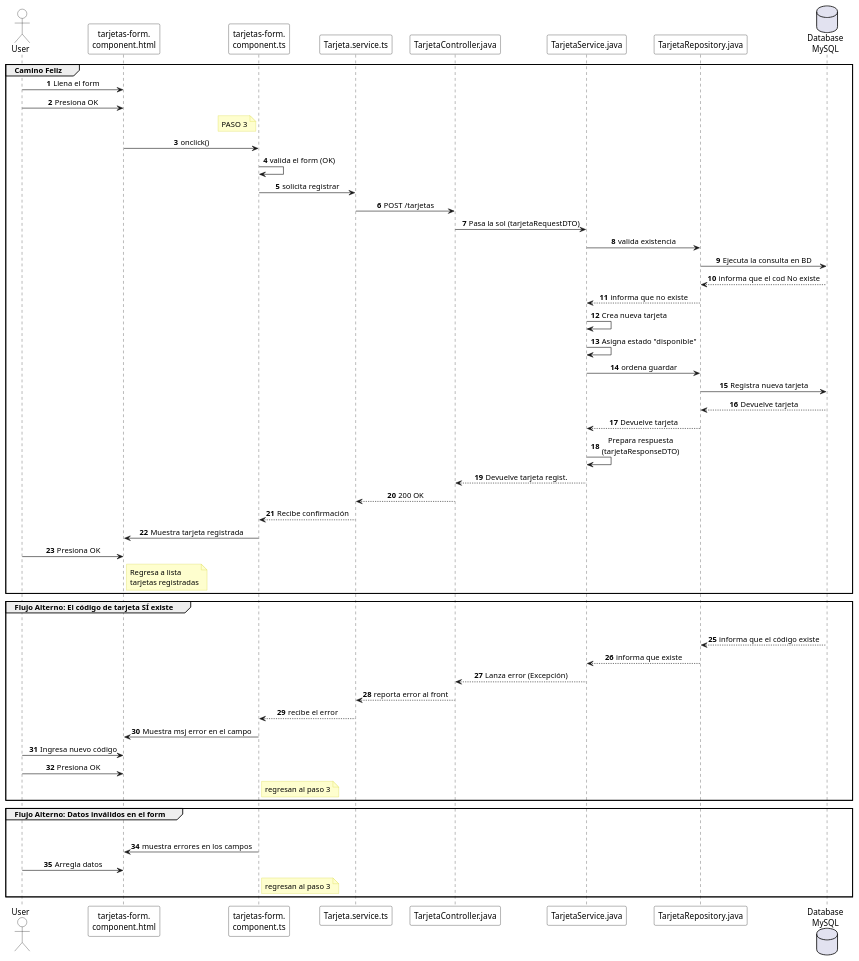
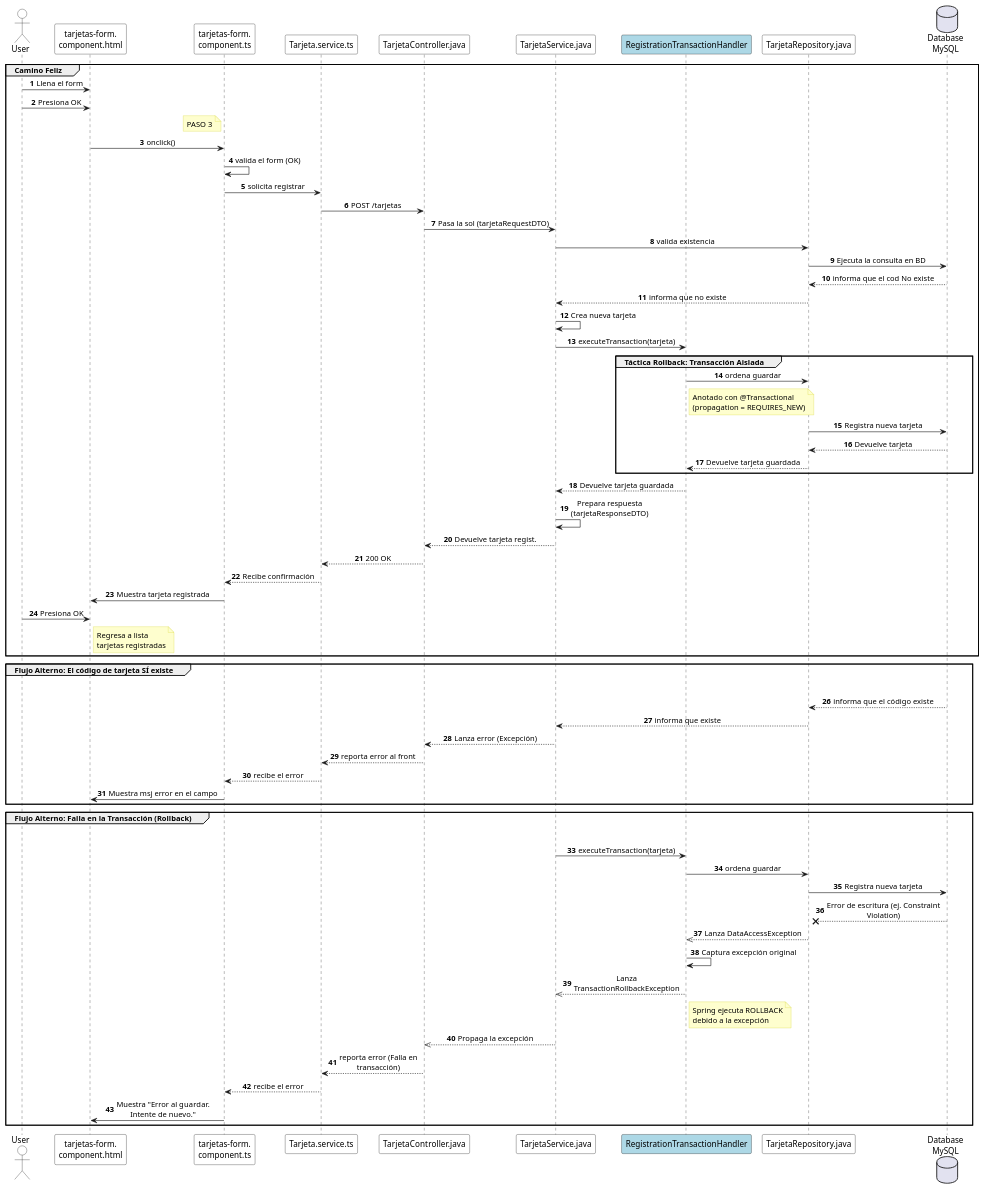
One commit to Calidozo1/sistema-inventario-tutarjeta changed the diagram in diagrama de secuencia Vanilla.puml. Above: the diagram before and after it, drawn with PlantUML. The commit also changed 5 other files, not shown here.

Commit message:
diagramas estados, clase, secuencia (falta actividades)

```diff
--- a/diagrama de secuencia Vanilla.puml
+++ b/diagrama de secuencia Vanilla.puml
@@ -1,127 +1,140 @@
 @startuml
 autonumber
 
 ' --- CONFIGURACIÓN VISUAL ---
 skinparam sequenceMessageAlign center
 skinparam responseMessageBelowArrow true
 skinparam maxMessageSize 200
 skinparam participant {
     BackgroundColor White
     BorderColor Black
 }
 skinparam actor {
     BackgroundColor White
     BorderColor Black
 }
 skinparam note {
     BackgroundColor #FEFECE
     BorderColor #D4D433
 }
 
-' --- PARTICIPANTES (LIMPIOS) ---
+' --- PARTICIPANTES (CON TÁCTICA ROLLBACK) ---
 actor "User" as User
 participant "tarjetas-form.\ncomponent.html" as HTML
 participant "tarjetas-form.\ncomponent.ts" as Component
 participant "Tarjeta.service.ts" as FrontService
 
-' === BACKEND ORIGINAL ===
+' === BACKEND CON TÁCTICA ROLLBACK ===
 participant "TarjetaController.java" as Controller
 participant "TarjetaService.java" as BackService
+participant "RegistrationTransactionHandler" as Handler #LightBlue
 participant "TarjetaRepository.java" as Repo
 database "Database\nMySQL" as DB
 
 ' =========================================================
 ' === ESCENARIO PRINCIPAL: CAMINO FELIZ (Registro Exitoso) ===
 ' =========================================================
 group Camino Feliz
 
     ' 1. Frontend
     User -> HTML: Llena el form
     User -> HTML: Presiona OK
 
     note left of Component
         PASO 3
     end note
 
     HTML -> Component: onclick()
     Component -> Component: valida el form (OK)
     Component -> FrontService: solicita registrar
 
     ' 2. Backend (Conexión Directa)
     FrontService -> Controller: POST /tarjetas
 
-    ' 3. Backend Original
+    ' 3. Backend con Táctica 'Rollback'
     Controller -> BackService: Pasa la sol (tarjetaRequestDTO)
 
     BackService -> Repo: valida existencia
     Repo -> DB: Ejecuta la consulta en BD
     DB --> Repo: informa que el cod No existe
     Repo --> BackService: informa que no existe
 
     BackService -> BackService: Crea nueva tarjeta
-    BackService -> BackService: Asigna estado "disponible"
 
-    BackService -> Repo: ordena guardar
-    Repo -> DB: Registra nueva tarjeta
-    DB --> Repo: Devuelve tarjeta
-    Repo --> BackService: Devuelve tarjeta
+    ' ---> Táctica: Delegar a un manejador transaccional
+    BackService -> Handler: executeTransaction(tarjeta)
+
+    group Táctica Rollback: Transacción Aislada
+        Handler -> Repo: ordena guardar
+        note right of Handler
+            Anotado con @Transactional
+            (propagation = REQUIRES_NEW)
+        end note
+        Repo -> DB: Registra nueva tarjeta
+        DB --> Repo: Devuelve tarjeta
+        Repo --> Handler: Devuelve tarjeta guardada
+    end
+
+    Handler --> BackService: Devuelve tarjeta guardada
 
     BackService -> BackService: Prepara respuesta\n(tarjetaResponseDTO)
     BackService --> Controller: Devuelve tarjeta regist.
 
     ' 4. Retorno
     Controller --> FrontService: 200 OK
 
     FrontService --> Component: Recibe confirmación
     Component -> HTML: Muestra tarjeta registrada
 
     ' 5. Acción Final Usuario
     User -> HTML: Presiona OK
     note right of HTML
       Regresa a lista
       tarjetas registradas
     end note
 end
 
 ' =========================================================
 ' === FLUJOS ALTERNOS (Errores) ===
 ' =========================================================
 
 ' --- 1. Error de Negocio Backend ---
 group Flujo Alterno: El código de tarjeta SÍ existe
-    ' Estira la caja
+    ' (Este flujo no cambia, ocurre antes de la transacción)
     User -[hidden]-> DB
-
-    ' Empieza directo en la respuesta de la BD
     DB --> Repo: informa que el código existe
     Repo --> BackService: informa que existe
-
     BackService --> Controller: Lanza error (Excepción)
     Controller --> FrontService: reporta error al front
     FrontService --> Component: recibe el error
     Component -> HTML: Muestra msj error en el campo
-
-    ' Acción del usuario + Referencia al paso 3
-    User -> HTML: Ingresa nuevo código
-    User -> HTML: Presiona OK
-    note right of Component
-        regresan al paso 3
-    end note
 end
 
-' --- 2. Error de Frontend (Datos Inválidos) ---
-group Flujo Alterno: Datos inválidos en el form
-    ' Estira la caja
+' --- 2. Falla en la Transacción (Rollback) ---
+group Flujo Alterno: Falla en la Transacción (Rollback)
     User -[hidden]-> DB
 
-    ' Empieza directo mostrando errores
-    Component -> HTML: muestra errores en los campos
+    ' El flujo es normal hasta el intento de guardado
+    BackService -> Handler: executeTransaction(tarjeta)
+    Handler -> Repo: ordena guardar
 
-    ' Acción del usuario + Referencia al paso 3
-    User -> HTML: Arregla datos
-    note right of Component
-        regresan al paso 3
+    ' La BD falla
+    Repo -> DB: Registra nueva tarjeta
+    DB --x Repo: Error de escritura (ej. Constraint Violation)
+
+    ' La excepción sube y es manejada por la táctica
+    Repo -->> Handler: Lanza DataAccessException
+    Handler -> Handler: Captura excepción original
+    Handler -->> BackService: Lanza TransactionRollbackException
+    note right of Handler
+        Spring ejecuta ROLLBACK
+        debido a la excepción
     end note
+
+    BackService -->> Controller: Propaga la excepción
+    Controller --> FrontService: reporta error (Falla en transacción)
+    FrontService --> Component: recibe el error
+    Component -> HTML: Muestra "Error al guardar. Intente de nuevo."
 end
 
 @enduml
```
